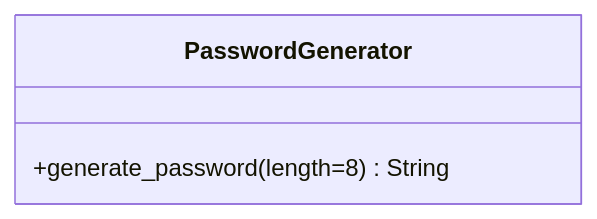
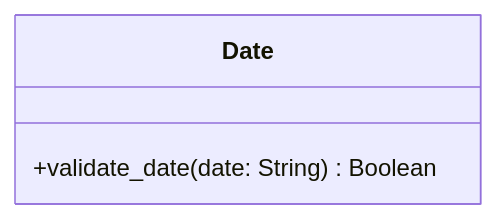
One commit to YuriyMavko/test changed the diagram in README.md. Above: the diagram before and after it, drawn with Mermaid.

````diff
--- a/README.md
+++ b/README.md
@@ -1,7 +1,8 @@
 ```mermaid
 classDiagram
-    class PasswordGenerator {
-        +generate_password(length=8) String
+    class Date {
+        +validate_date(date: String) Boolean
     }
 
+
 ```
````
